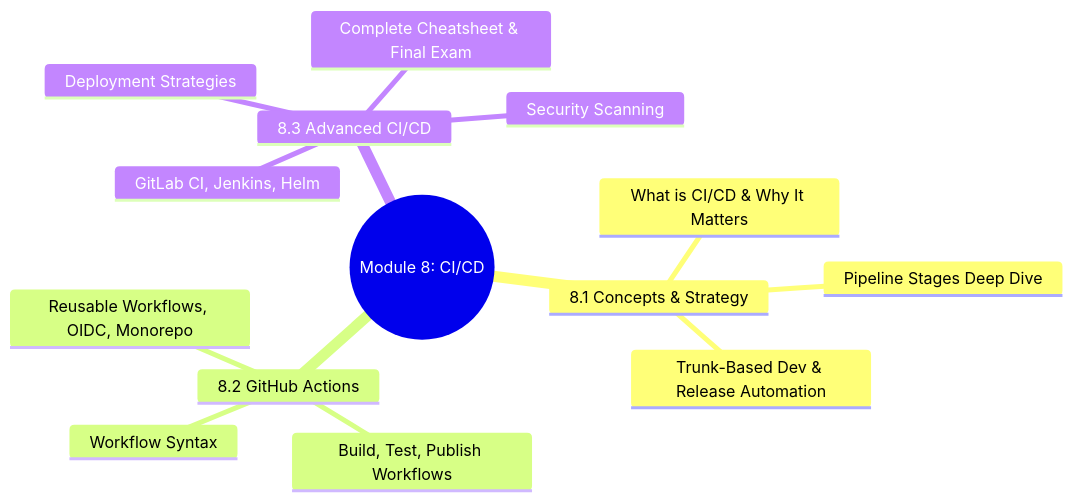
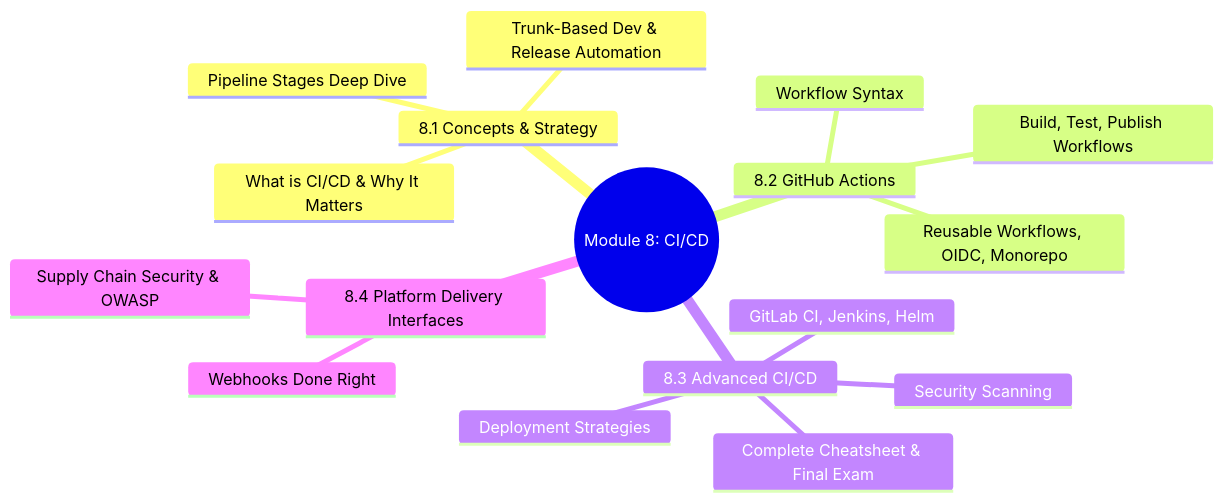
One commit to VidhyadharanSS/PlatformEngineeringNotes changed the first of 3 diagrams in 8-CICD/Module_8_Approach_Guide.md. Above: the diagram before and after it, drawn with Mermaid. The commit also changed other lines of this file and 120 other files, not shown here.

````diff
--- a/8-CICD/Module_8_Approach_Guide.md
+++ b/8-CICD/Module_8_Approach_Guide.md
@@ -5,17 +5,20 @@
 ```mermaid
 mindmap
   root((Module 8: CI/CD))
     8.1 Concepts & Strategy
       What is CI/CD & Why It Matters
       Pipeline Stages Deep Dive
       Trunk-Based Dev & Release Automation
     8.2 GitHub Actions
       Workflow Syntax
       Build, Test, Publish Workflows
       Reusable Workflows, OIDC, Monorepo
     8.3 Advanced CI/CD
       Deployment Strategies
       Security Scanning
       GitLab CI, Jenkins, Helm
       Complete Cheatsheet & Final Exam
+    8.4 Platform Delivery Interfaces
+      Webhooks Done Right
+      Supply Chain Security & OWASP
 ```
````
